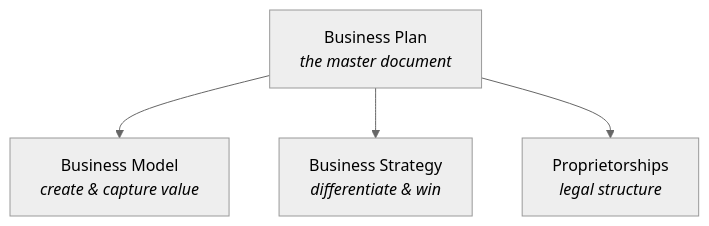
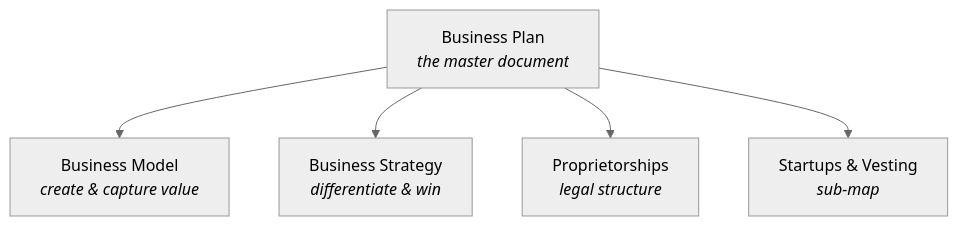
The diagram in My_voices/Zettelkasten/Maps of Content/* Business MOC.md (Luiz-Torminn/personal-obsidian-vault), drawn with Mermaid (neutral theme) before and after one commit. The commit also changed other lines of this file and 20 other files, not shown here.

````diff
--- a/My_voices/Zettelkasten/Maps of Content/* Business MOC.md
+++ b/My_voices/Zettelkasten/Maps of Content/* Business MOC.md
@@ -22,10 +21,12 @@
 ```mermaid
 graph TD
     BP["Business Plan<br/><i>the master document</i>"]
     BM["Business Model<br/><i>create &amp; capture value</i>"]
     BS["Business Strategy<br/><i>differentiate &amp; win</i>"]
     PR["Proprietorships<br/><i>legal structure</i>"]
+    SV["Startups &amp; Vesting<br/><i>sub-map</i>"]
     BP --> BM
     BP --> BS
     BP --> PR
+    BP --> SV
 ```
````
